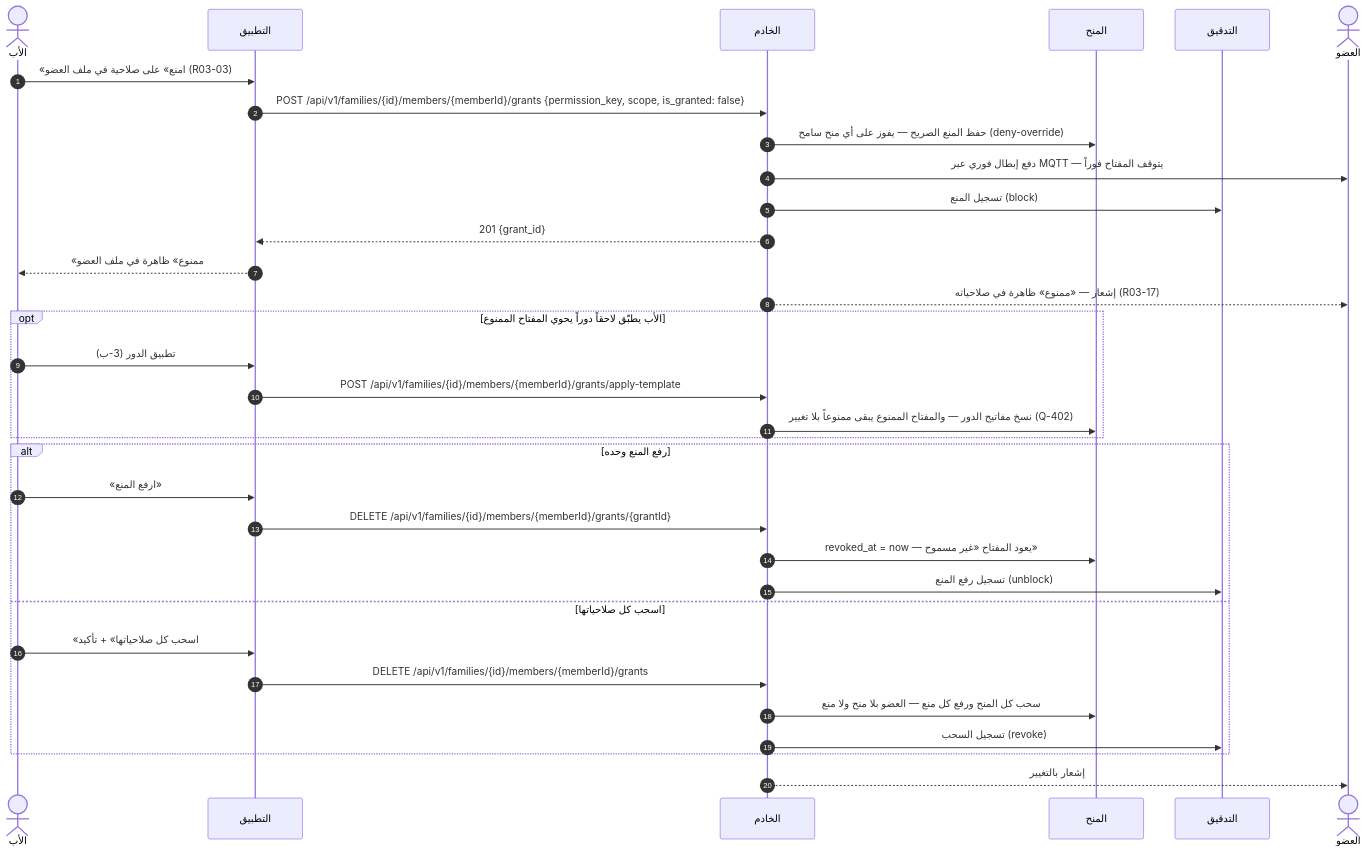
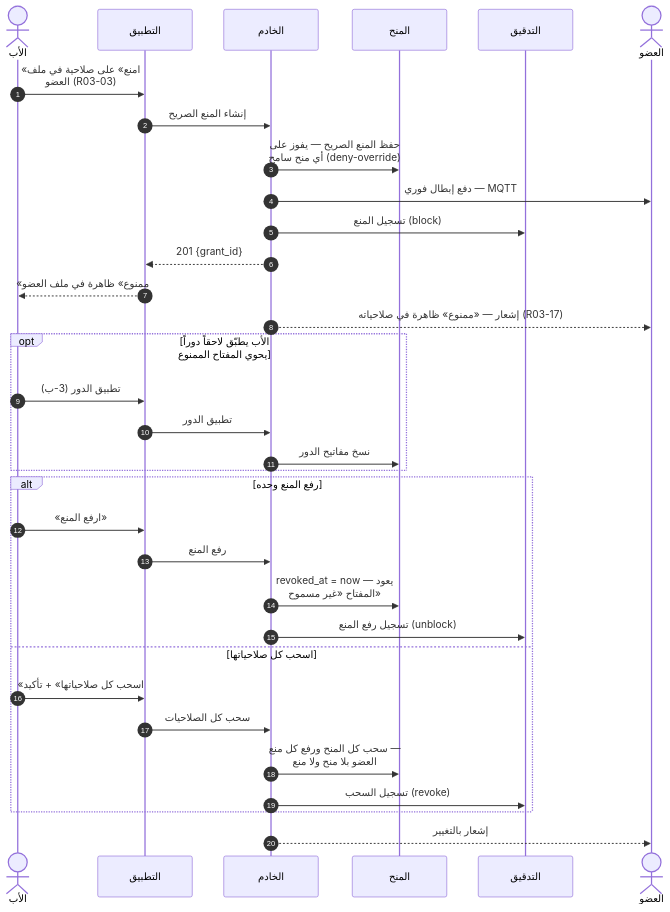
Before and after one commit to Bassam-mohammed-alqaeadi/family-os-v2: diagram 15 of 39 in docs/family-os/governance/phases/phase-1/S1-03-family-roles-and-permissions/DIAGRAMS.md, drawn with Mermaid. The commit also changed other lines of this file, not shown here.

````diff
--- a/docs/family-os/governance/phases/phase-1/S1-03-family-roles-and-permissions/DIAGRAMS.md
+++ b/docs/family-os/governance/phases/phase-1/S1-03-family-roles-and-permissions/DIAGRAMS.md
@@ -601,35 +668,36 @@
 ```mermaid
+%%{init: {"sequence": {"wrap": true}}}%%
 sequenceDiagram
     autonumber
     actor Father as الأب
     participant App as التطبيق
     participant Ktor as الخادم
     participant Grants as المنح
     participant Audit as التدقيق
     actor Member as العضو
     Father->>App: «امنع» على صلاحية في ملف العضو (R03-03)
-    App->>Ktor: POST /api/v1/families/{id}/members/{memberId}/grants {permission_key, scope, is_granted: false}
+    App->>Ktor: إنشاء المنع الصريح
     Ktor->>Grants: حفظ المنع الصريح — يفوز على أي منح سامح (deny-override)
-    Ktor->>Member: دفع إبطال فوري عبر MQTT — يتوقف المفتاح فوراً
+    Ktor->>Member: دفع إبطال فوري — MQTT
     Ktor->>Audit: تسجيل المنع (block)
     Ktor-->>App: 201 {grant_id}
     App-->>Father: «ممنوع» ظاهرة في ملف العضو
     Ktor-->>Member: إشعار — «ممنوع» ظاهرة في صلاحياته (R03-17)
     opt الأب يطبّق لاحقاً دوراً يحوي المفتاح الممنوع
         Father->>App: تطبيق الدور (3-ب)
-        App->>Ktor: POST /api/v1/families/{id}/members/{memberId}/grants/apply-template
-        Ktor->>Grants: نسخ مفاتيح الدور — والمفتاح الممنوع يبقى ممنوعاً بلا تغيير (Q-402)
+        App->>Ktor: تطبيق الدور
+        Ktor->>Grants: نسخ مفاتيح الدور
     end
     alt رفع المنع وحده
         Father->>App: «ارفع المنع»
-        App->>Ktor: DELETE /api/v1/families/{id}/members/{memberId}/grants/{grantId}
+        App->>Ktor: رفع المنع
         Ktor->>Grants: revoked_at = now — يعود المفتاح «غير مسموح»
         Ktor->>Audit: تسجيل رفع المنع (unblock)
     else اسحب كل صلاحياتها
         Father->>App: «اسحب كل صلاحياتها» + تأكيد
-        App->>Ktor: DELETE /api/v1/families/{id}/members/{memberId}/grants
+        App->>Ktor: سحب كل الصلاحيات
         Ktor->>Grants: سحب كل المنح ورفع كل منع — العضو بلا منح ولا منع
         Ktor->>Audit: تسجيل السحب (revoke)
     end
     Ktor-->>Member: إشعار بالتغيير
 ```
````
